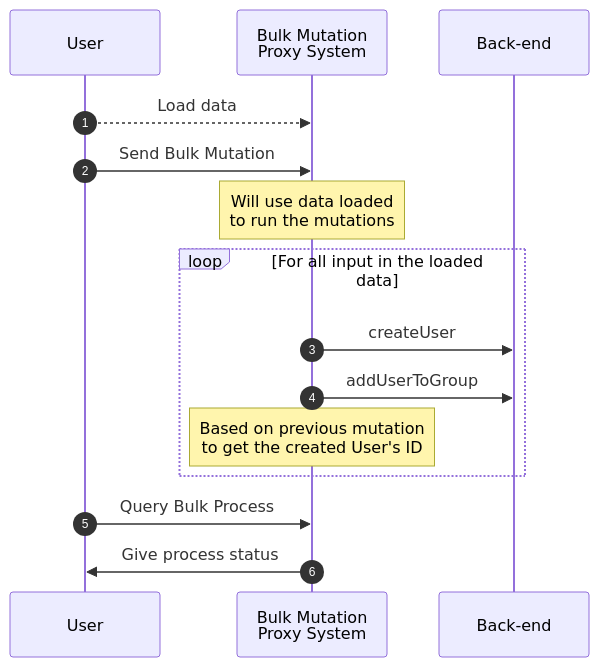
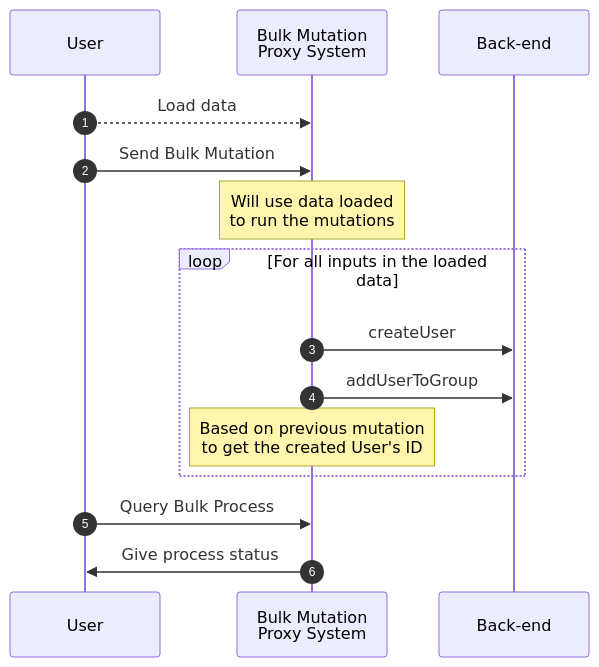
One commit to sylhare/sylhare.github.io changed the diagram in _posts/2022/2022-04-26-How-to-bulk-mutate-in-graphql.md. Above: the diagram before and after it, drawn with Mermaid. The commit also changed other lines of this file and 2 other files, not shown here.

```diff
--- a/_posts/2022/2022-04-26-How-to-bulk-mutate-in-graphql.md
+++ b/_posts/2022/2022-04-26-How-to-bulk-mutate-in-graphql.md
@@ -113,17 +120,17 @@
 <div class="mermaid">
 sequenceDiagram
   autonumber
   participant U as User
   participant P as Bulk Mutation <br> Proxy System
   participant B as Back-end
   U -->> P: Load data
   U ->> P: Send Bulk Mutation 
   Note over P: Will use data loaded <br> to run the mutations
-  Loop For all input in the loaded data
+  Loop For all inputs in the loaded data
     P ->> B: createUser
     P ->> B: addUserToGroup
     Note over P: Based on previous mutation <br> to get the created User's ID
   end
   U ->> P: Query Bulk Process
   P ->> U: Give process status
 </div>
```
